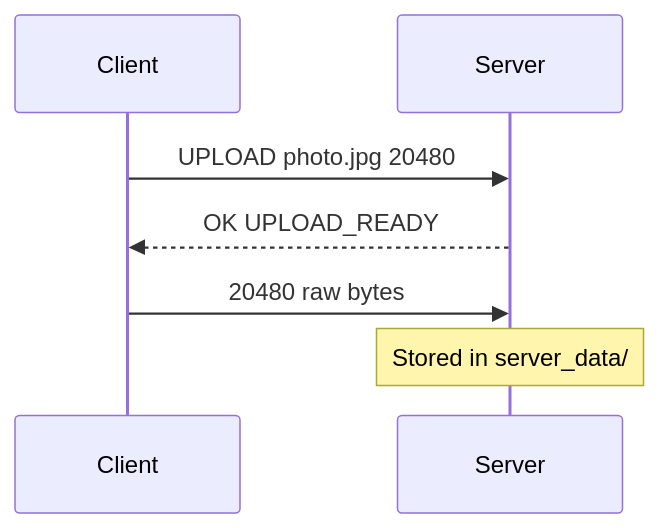
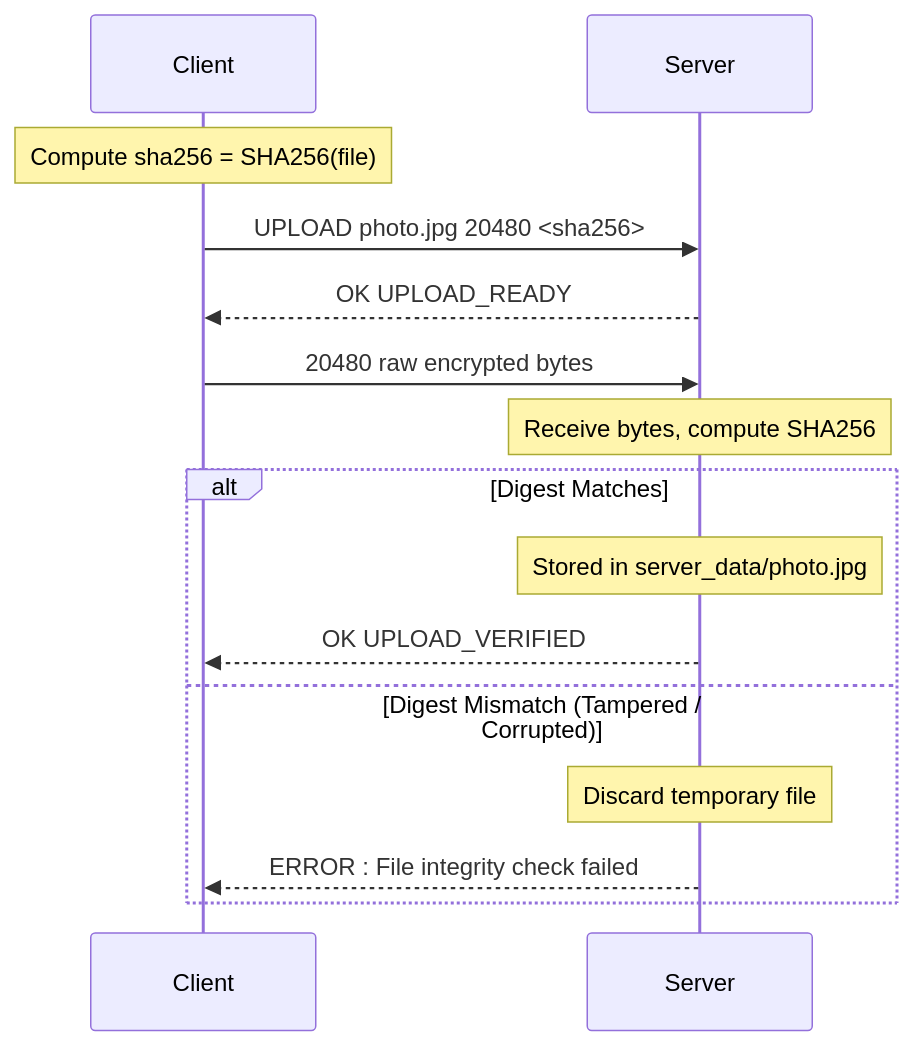
The fourth of 5 diagrams in docs/PROTOCOL.md (jazpeak/tcp-chat-file-transfer), drawn with Mermaid before and after one commit. The commit also changed other lines of this file and 12 other files, not shown here.

Commit message:
feat: implement TLS transport security, E2EE relay, and SHA-256 integrity checks

````diff
--- a/docs/PROTOCOL.md
+++ b/docs/PROTOCOL.md
@@ -58,9 +80,17 @@
 ```mermaid
 sequenceDiagram
     participant C as Client
     participant S as Server
-    C->>S: UPLOAD photo.jpg 20480
+    Note over C: Compute sha256 = SHA256(file)
+    C->>S: UPLOAD photo.jpg 20480 <sha256>
     S-->>C: OK UPLOAD_READY
-    C->>S: 20480 raw bytes
-    Note over S: Stored in server_data/
+    C->>S: 20480 raw encrypted bytes
+    Note over S: Receive bytes, compute SHA256
+    alt Digest Matches
+        Note over S: Stored in server_data/photo.jpg
+        S-->>C: OK UPLOAD_VERIFIED
+    else Digest Mismatch (Tampered / Corrupted)
+        Note over S: Discard temporary file
+        S-->>C: ERROR : File integrity check failed
+    end
 ```
````
